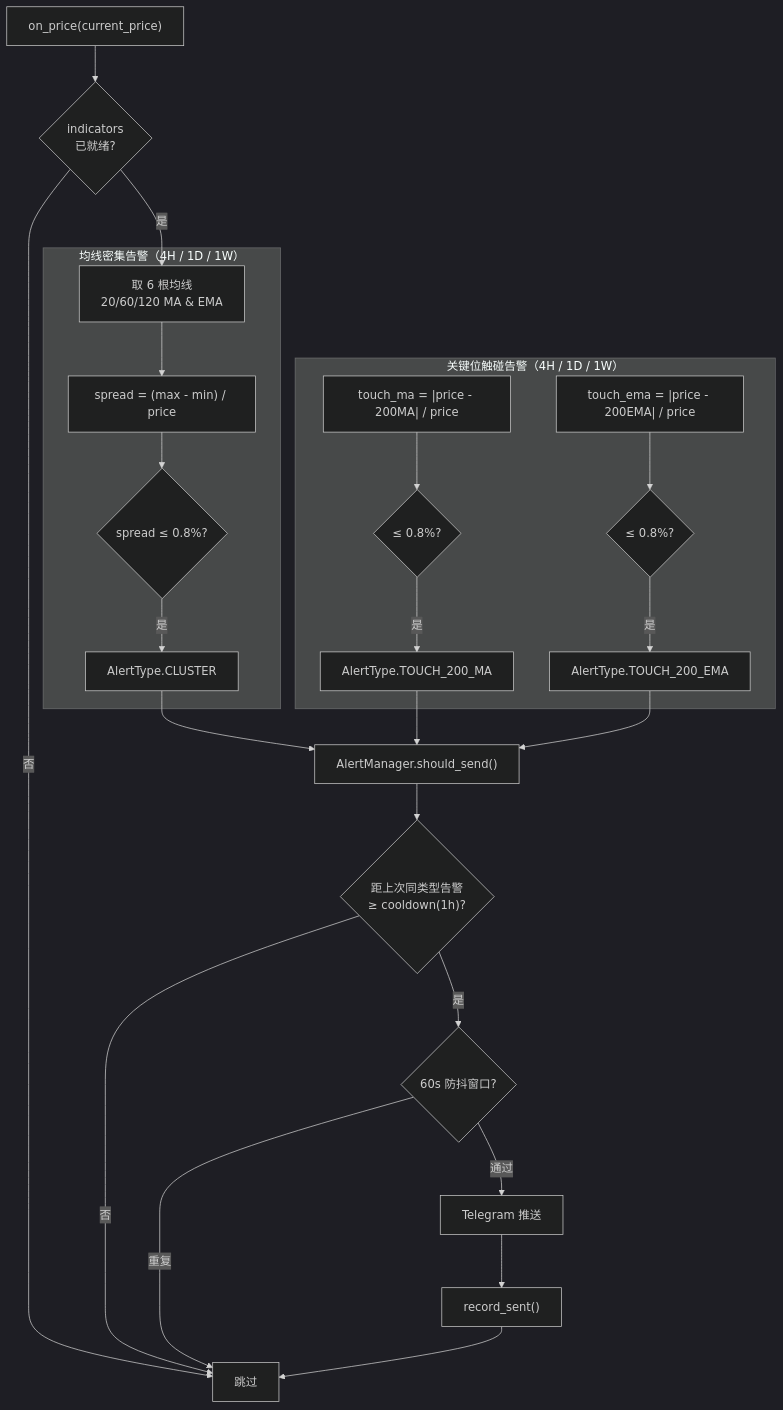
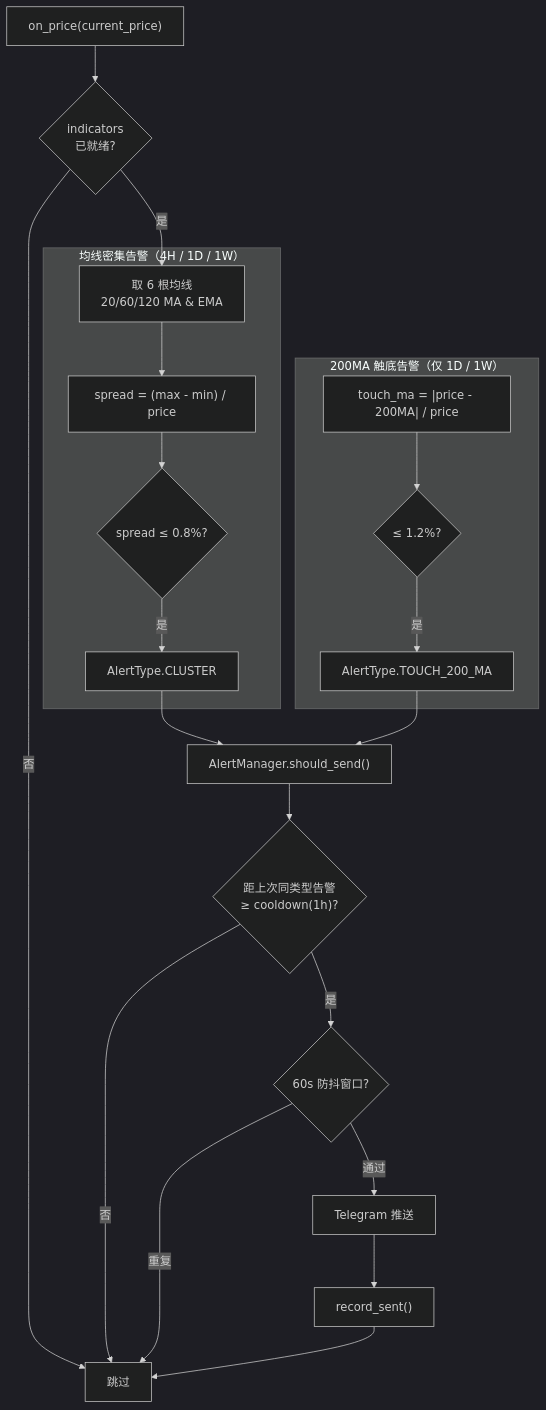
The fifth of 5 diagrams in readme.md (Formyselfonly/invest-alert-bot), drawn with Mermaid (dark theme) before and after one commit. The commit also changed other lines of this file and 14 other files, not shown here.

````diff
--- a/readme.md
+++ b/readme.md
@@ -235,31 +261,28 @@
 ```mermaid
 flowchart TB
     START["on_price(current_price)"] --> CHECK{"indicators<br/>已就绪?"}
     CHECK -->|否| END["跳过"]
     CHECK -->|是| CLUSTER
 
     subgraph Cluster["均线密集告警（4H / 1D / 1W）"]
         CLUSTER["取 6 根均线<br/>20/60/120 MA & EMA"]
         CLUSTER --> SPREAD["spread = (max - min) / price"]
         SPREAD --> COK{"spread ≤ 0.8%?"}
         COK -->|是| CE["AlertType.CLUSTER"]
     end
 
-    subgraph Touch["关键位触碰告警（4H / 1D / 1W）"]
+    subgraph Touch["200MA 触底告警（仅 1D / 1W）"]
         TMA["touch_ma = |price - 200MA| / price"]
-        TEMA["touch_ema = |price - 200EMA| / price"]
-        TMA --> TOK1{"≤ 0.8%?"}
-        TEMA --> TOK2{"≤ 0.8%?"}
+        TMA --> TOK1{"≤ 1.2%?"}
         TOK1 -->|是| AE1["AlertType.TOUCH_200_MA"]
-        TOK2 -->|是| AE2["AlertType.TOUCH_200_EMA"]
     end
 
-    CE & AE1 & AE2 --> AM["AlertManager.should_send()"]
+    CE & AE1 --> AM["AlertManager.should_send()"]
     AM --> COOL{"距上次同类型告警<br/>≥ cooldown(1h)?"}
     COOL -->|否| END
     COOL -->|是| DEDUP{"60s 防抖窗口?"}
     DEDUP -->|重复| END
     DEDUP -->|通过| SEND["Telegram 推送"]
     SEND --> REC["record_sent()"]
     REC --> END
 ```
````
